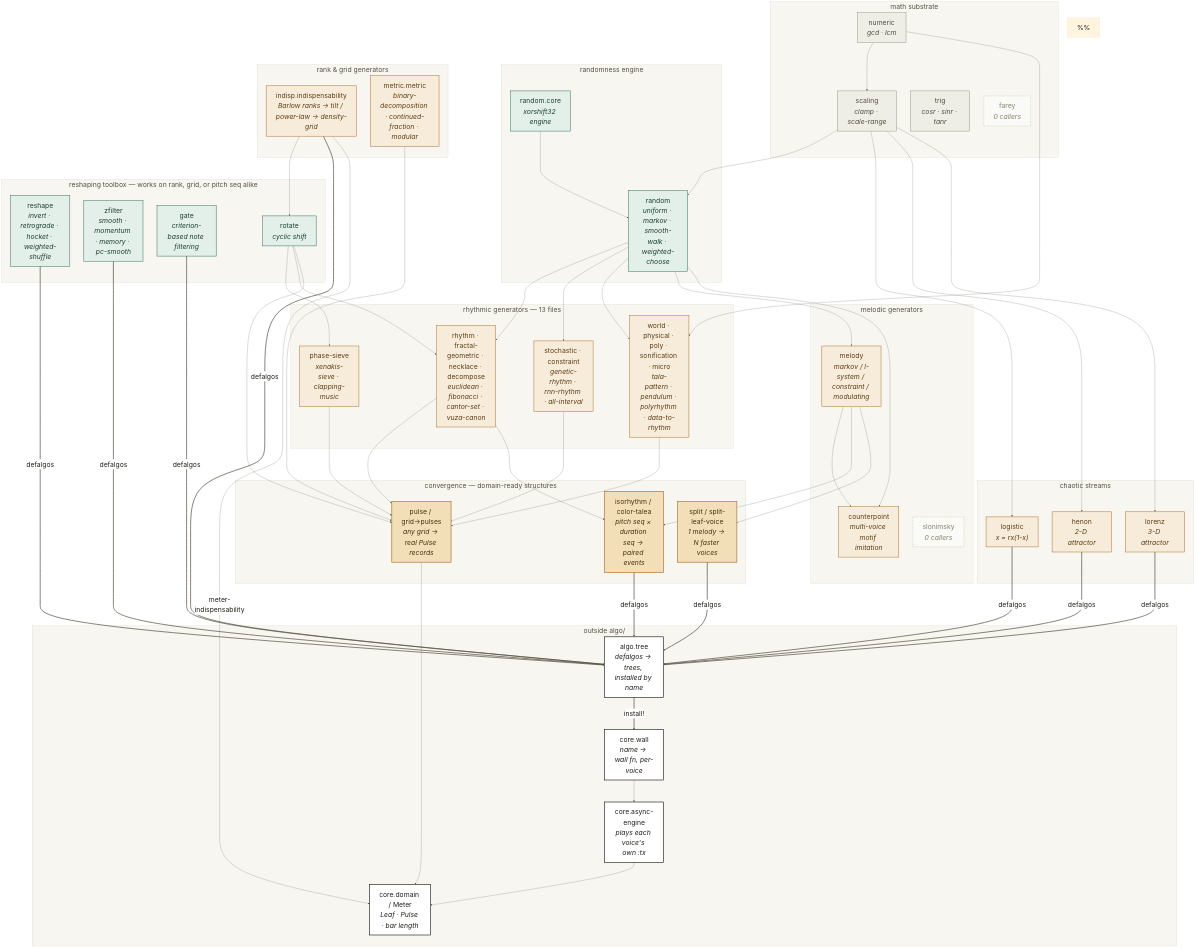
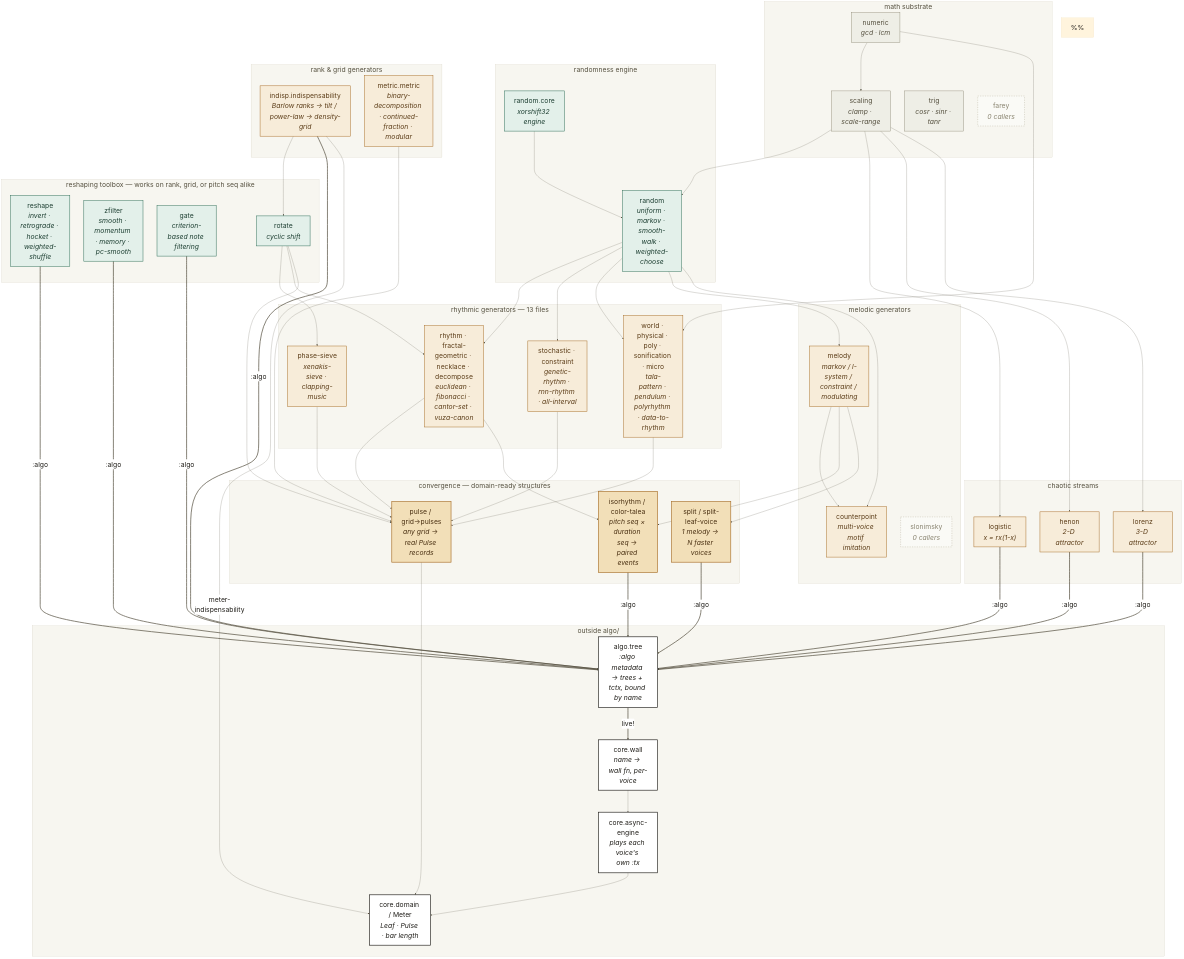
One commit to gebdevalk/musics changed the diagram in doc/algo-signal-chains.mmd. Above: the diagram before and after it, drawn with Mermaid. The commit also changed 26 other files, not shown here.

First line of the commit message:
feat: algo.tree v3 -- self-describing algos, a registry with aliases, the tctx atom

```diff
--- a/doc/algo-signal-chains.mmd
+++ b/doc/algo-signal-chains.mmd
@@ -1,140 +1,140 @@
 %%{init: {'theme': 'base', 'themeVariables': {'fontSize': '34px', 'fontFamily': 'Helvetica, Arial, sans-serif', 'lineColor': '#55503f', 'edgeLabelBackground': '#ffffff', 'textColor': '#201e19', 'primaryTextColor': '#201e19'}, 'flowchart': {'nodeSpacing': 70, 'rankSpacing': 110, 'padding': 24, 'htmlLabels': true}} }%%
 flowchart TB
     %% algo-signal-chains.mmd -- a map of how algo/'s generative modules
     %% can feed one another (ranks, grids, pitch sequences, chaotic
     %% streams) on the way into core.wall/core.async-engine and the real
     %% domain model. Solid edges are real code dependencies or already-
-    %% tested chains; thick edges mark wrapping a module with defalgos
-    %% into an algo.tree tree, installed by name into core.wall for live
-    %% playback. Surveyed against the real algo/ :require
+    %% tested chains; thick edges mark a module's fns carrying :algo
+    %% metadata, composed into an algo.tree tree, bound by name into
+    %% core.wall for live playback. Surveyed against the real algo/ :require
     %% graph, not reasoned from memory -- see doc/decisions.md if this
     %% drifts from the code later.
     %%
     %% Regenerate (A3-landscape print pair), from the repo root:
     %%   npx -y @mermaid-js/mermaid-cli -i doc/algo-signal-chains.mmd \
     %%     -o /tmp/diagram.png -b '#ffffff' -w 4960 --scale 1
     %%   (wrap diagram.png in an SVG sized width="420mm" height="297mm",
     %%    convert with `mutool convert`, then `mutool poster -x 2 -y 1`
     %%    to split into two A4-portrait pages for a printer with no A3 tray)
     classDef math fill:#eeeee6,stroke:#8a8571,color:#55503f,stroke-width:2px
     classDef rng fill:#e3f0ea,stroke:#2e6e58,color:#1d3f32,stroke-width:2.4px
     classDef gen fill:#f7ecd9,stroke:#a9702b,color:#5c3d18,stroke-width:2.4px
     classDef tool fill:#e3f0ea,stroke:#2e6e58,color:#1d3f32,stroke-width:2.4px
     classDef conv fill:#f2dfb8,stroke:#a9702b,color:#4a3012,stroke-width:3.2px
     classDef engine fill:#ffffff,stroke:#201e19,color:#201e19,stroke-width:3.2px
     classDef dormant fill:#fafaf6,stroke:#b5b09c,color:#8a8571,stroke-dasharray: 6 6,stroke-width:2px
 
     subgraph MATH[" math substrate "]
         NUM["numeric<br/><i>gcd · lcm</i>"]
         SCALE["scaling<br/><i>clamp · scale-range</i>"]
         TRIG["trig<br/><i>cosr · sinr · tanr</i>"]
         FAREY["farey<br/><i>0 callers</i>"]:::dormant
     end
 
     subgraph RNG[" randomness engine "]
         RCORE["random.core<br/><i>xorshift32 engine</i>"]
         RAND["random<br/><i>uniform · markov · smooth-walk · weighted-choose</i>"]
     end
 
     subgraph RANK[" rank &amp; grid generators "]
         INDISP["indisp.indispensability<br/><i>Barlow ranks → tilt / power-law → density-grid</i>"]
         METRIC["metric.metric<br/><i>binary-decomposition · continued-fraction · modular</i>"]
     end
 
     subgraph RHYTHM[" rhythmic generators — 13 files "]
         EUCLID["rhythm · fractal-geometric · necklace · decompose<br/><i>euclidean · fibonacci · cantor-set · vuza-canon</i>"]
         SIEVE["phase-sieve<br/><i>xenakis-sieve · clapping-music</i>"]
         STOCH["stochastic · constraint<br/><i>genetic-rhythm · rnn-rhythm · all-interval</i>"]
         WORLDF["world · physical · poly · sonification · micro<br/><i>tala-pattern · pendulum · polyrhythm · data-to-rhythm</i>"]
     end
 
     subgraph MELODIC[" melodic generators "]
         MELODY["melody<br/><i>markov / l-system / constraint / modulating</i>"]
         CPOINT["counterpoint<br/><i>multi-voice motif imitation</i>"]
         SLON["slonimsky<br/><i>0 callers</i>"]:::dormant
     end
 
     subgraph CHAOS[" chaotic streams "]
         LOGIS["logistic<br/><i>x = rx(1-x)</i>"]
         HENON["henon<br/><i>2-D attractor</i>"]
         LOREN["lorenz<br/><i>3-D attractor</i>"]
     end
 
     subgraph TOOLBOX[" reshaping toolbox — works on rank, grid, or pitch seq alike "]
         RESHAPE["reshape<br/><i>invert · retrograde · hocket · weighted-shuffle</i>"]
         ZFILT["zfilter<br/><i>smooth · momentum · memory · pc-smooth</i>"]
         GATE["gate<br/><i>criterion-based note filtering</i>"]
         ROTATE["rotate<br/><i>cyclic shift</i>"]
     end
 
     subgraph CONVERGE[" convergence — domain-ready structures "]
         PULSE["pulse / grid→pulses<br/><i>any grid → real Pulse records</i>"]
         ISO["isorhythm / color-talea<br/><i>pitch seq × duration seq → paired events</i>"]
         SPLIT["split / split-leaf-voice<br/><i>1 melody → N faster voices</i>"]
     end
 
     subgraph ENGINE[" outside algo/ "]
-        TREE["algo.tree<br/><i>defalgos → trees, installed by name</i>"]
+        TREE["algo.tree<br/><i>:algo metadata → trees + tctx, bound by name</i>"]
         WALL["core.wall<br/><i>name → wall fn, per-voice</i>"]
         ASYNC["core.async-engine<br/><i>plays each voice's own :tx</i>"]
         DOMAIN["core.domain / Meter<br/><i>Leaf · Pulse · bar length</i>"]
     end
 
     style MATH fill:#f7f6f0,stroke:#c9c3ae,color:#55503f
     style RNG fill:#f7f6f0,stroke:#c9c3ae,color:#55503f
     style RANK fill:#f7f6f0,stroke:#c9c3ae,color:#55503f
     style RHYTHM fill:#f7f6f0,stroke:#c9c3ae,color:#55503f
     style MELODIC fill:#f7f6f0,stroke:#c9c3ae,color:#55503f
     style CHAOS fill:#f7f6f0,stroke:#c9c3ae,color:#55503f
     style TOOLBOX fill:#f7f6f0,stroke:#c9c3ae,color:#55503f
     style CONVERGE fill:#f7f6f0,stroke:#c9c3ae,color:#55503f
     style ENGINE fill:#f7f6f0,stroke:#c9c3ae,color:#55503f
 
     class NUM,SCALE,TRIG math
     class RCORE,RAND rng
     class INDISP,METRIC gen
     class EUCLID,SIEVE,STOCH,WORLDF gen
     class MELODY,CPOINT gen
     class LOGIS,HENON,LOREN gen
     class RESHAPE,ZFILT,GATE,ROTATE tool
     class PULSE,ISO,SPLIT conv
     class TREE,WALL,ASYNC,DOMAIN engine
 
     NUM --> SCALE
     RCORE --> RAND
     SCALE --> RAND
 
     RAND --> EUCLID
     RAND --> STOCH
     RAND --> WORLDF
     ROTATE --> SIEVE
     ROTATE --> EUCLID
     NUM --> WORLDF
 
     RAND --> MELODY
     RAND --> CPOINT
     MELODY --> CPOINT
 
     SCALE --> LOGIS
     SCALE --> HENON
     SCALE --> LOREN
 
     INDISP --> ROTATE
     ROTATE --> PULSE
     METRIC --> PULSE
     EUCLID --> PULSE
     STOCH --> PULSE
     WORLDF --> PULSE
     SIEVE --> PULSE
 
     MELODY --> ISO
     EUCLID --> ISO
     MELODY --> SPLIT
 
-    GATE & RESHAPE & ZFILT & LOGIS & HENON & LOREN & ISO & SPLIT & INDISP ==>|"defalgos"| TREE
-    TREE ==>|"install!"| WALL
+    GATE & RESHAPE & ZFILT & LOGIS & HENON & LOREN & ISO & SPLIT & INDISP ==>|":algo"| TREE
+    TREE ==>|"live!"| WALL
 
     PULSE --> DOMAIN
     WALL --> ASYNC
     ASYNC --> DOMAIN
     INDISP -->|"meter-indispensability"| DOMAIN
```
